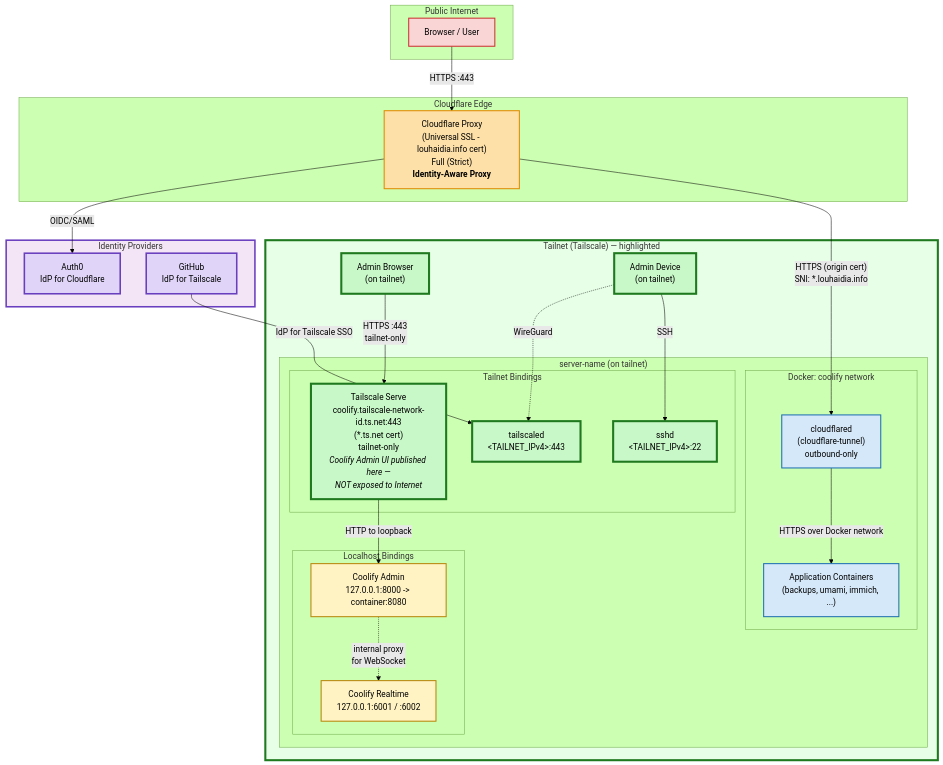
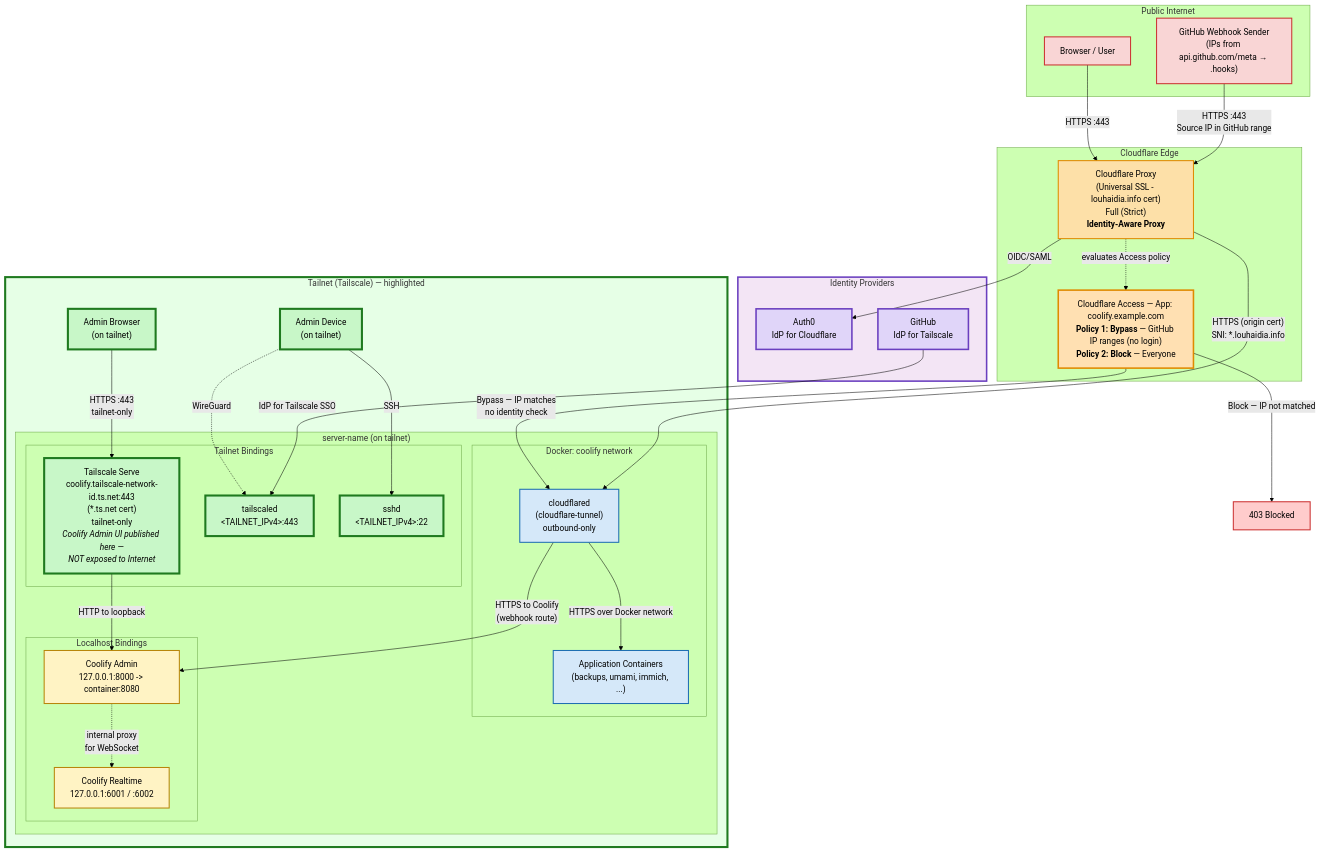
One commit to mota-lhd/blog changed the first of 6 diagrams in frontend/src/content/posts/tech-blog-02.md. Above: the diagram before and after it, drawn with Mermaid (forest theme). The commit also changed other lines of this file and 4 other files, not shown here.

````diff
--- a/frontend/src/content/posts/tech-blog-02.md
+++ b/frontend/src/content/posts/tech-blog-02.md
@@ -28,69 +28,82 @@
 ```mermaid
 flowchart TB
     subgraph PUBLIC["Public Internet"]
         Browser["Browser / User"]
+        GHWebhook["GitHub Webhook Sender<br/>(IPs from api.github.com/meta → .hooks)"]
     end
 
     subgraph CF["Cloudflare Edge"]
         CFEdge["Cloudflare Proxy<br/>(Universal SSL - louhaidia.info cert)<br/>Full (Strict)<br/><b>Identity-Aware Proxy</b>"]
+        CFAccess["Cloudflare Access — App: coolify.example.com<br/><b>Policy 1: Bypass</b> — GitHub IP ranges (no login)<br/><b>Policy 2: Block</b> — Everyone"]
     end
 
     subgraph IDP["Identity Providers"]
         Auth0["Auth0<br/>IdP for Cloudflare"]
         GitHub["GitHub<br/>IdP for Tailscale"]
     end
 
     subgraph TAILNET["Tailnet (Tailscale) — highlighted"]
         AdminWeb["Admin Browser<br/>(on tailnet)"]
         Admin["Admin Device<br/>(on tailnet)"]
 
         subgraph HOST["server-name (on tailnet)"]
             subgraph TUNNEL["Docker: coolify network"]
                 CFD["cloudflared<br/>(cloudflare-tunnel)<br/>outbound-only"]
                 APPS["Application Containers<br/>(backups, umami, immich, ...)"]
             end
 
             subgraph LOOPBACK["Localhost Bindings"]
                 COOLIFY["Coolify Admin<br/>127.0.0.1:8000 -> container:8080"]
                 SOKETI["Coolify Realtime<br/>127.0.0.1:6001 / :6002"]
             end
 
             subgraph TAILBIND["Tailnet Bindings"]
                 TSServe["Tailscale Serve<br/>coolify.tailscale-network-id.ts.net:443<br/>(*.ts.net cert)<br/>tailnet-only<br/><i>Coolify Admin UI published here —<br/>NOT exposed to Internet</i>"]
                 TS["tailscaled<br/>&lt;TAILNET_IPv4&gt;:443"]
                 SSHD["sshd<br/>&lt;TAILNET_IPv4&gt;:22"]
             end
         end
     end
 
     Browser -->|"HTTPS :443"| CFEdge
     CFEdge -->|"OIDC/SAML"| Auth0
+
+    GHWebhook -->|"HTTPS :443<br/>Source IP in GitHub range"| CFEdge
+    CFEdge -.->|"evaluates Access policy"| CFAccess
+    CFAccess -->|"Bypass — IP matches<br/>no identity check"| CFD
+    CFAccess -->|"Block — IP not matched"| GHBlock["403 Blocked"]
+
     CFEdge -->|"HTTPS (origin cert)<br/>SNI: *.louhaidia.info"| CFD
     CFD -->|"HTTPS over Docker network"| APPS
+    CFD -->|"HTTPS to Coolify<br/>(webhook route)"| COOLIFY
 
     AdminWeb -->|"HTTPS :443<br/>tailnet-only"| TSServe
     TSServe -->|"HTTP to loopback"| COOLIFY
     COOLIFY -.->|"internal proxy<br/>for WebSocket"| SOKETI
 
     Admin -.->|"WireGuard"| TS
     Admin -->|"SSH"| SSHD
 
     GitHub -->|"IdP for Tailscale SSO"| TS
 
     classDef public fill:#f9d5d5,stroke:#c33,stroke-width:2px,color:#000
     classDef cf fill:#fde0a8,stroke:#e08a00,stroke-width:2px,color:#000
+    classDef cfaccess fill:#ffe0b2,stroke:#e08a00,stroke-width:3px,color:#000
     classDef idp fill:#e0d5f9,stroke:#6a3fbf,stroke-width:3px,color:#000
     classDef tailnet fill:#c8f7c8,stroke:#1f7a1f,stroke-width:4px,color:#000
     classDef tunnel fill:#d5e8f9,stroke:#1f6fb2,stroke-width:2px,color:#000
     classDef loop fill:#fff3c4,stroke:#b8860b,stroke-width:2px,color:#000
+    classDef blocked fill:#ffcccc,stroke:#c33,stroke-width:2px,color:#000
 
-    class Browser public
+    class Browser,GHWebhook public
     class CFEdge cf
+    class CFAccess cfaccess
     class Auth0,GitHub idp
     class AdminWeb,Admin,TSServe,TS,SSHD tailnet
     class CFD,APPS tunnel
     class COOLIFY,SOKETI loop
+    class GHBlock blocked
 
     style TAILNET fill:#e6ffe6,stroke:#1f7a1f,stroke-width:4px
     style IDP fill:#f3e5f5,stroke:#6a3fbf,stroke-width:3px
 ```
````
